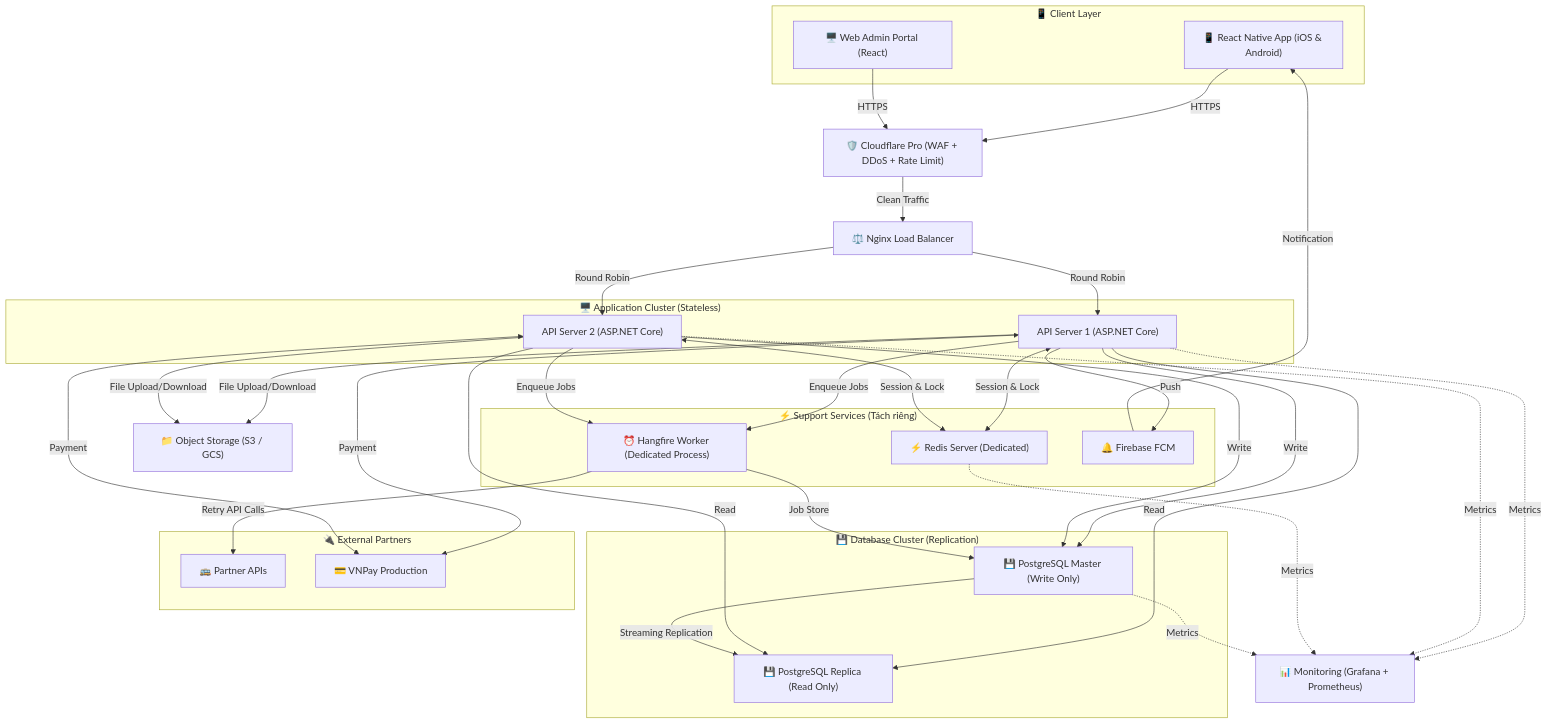
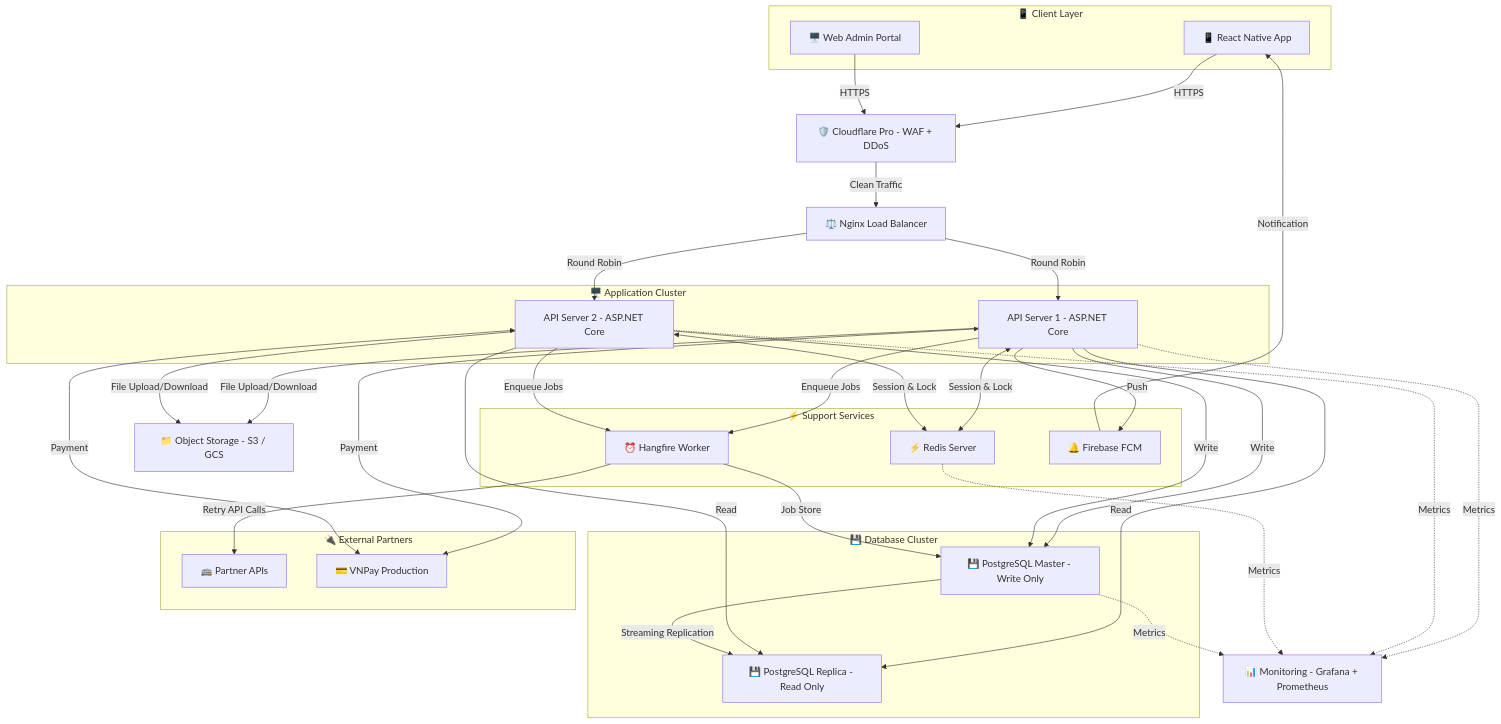
The diagram in docs/Kiến trúc phần cứng/phase2_scale_up.md (thanh-16/B2B_Tour), drawn with Mermaid before and after one commit. The commit also changed 2 other files, not shown here.

Commit message:
fix: sua loi Mermaid parse tren GitHub - loai bo dau ngoac don trong node labels

````diff
--- a/docs/Kiến trúc phần cứng/phase2_scale_up.md
+++ b/docs/Kiến trúc phần cứng/phase2_scale_up.md
@@ -20,80 +20,80 @@
 ```mermaid
 graph TD
     %% ────────────────────────────────────────
     %% TẦNG CLIENT
     %% ────────────────────────────────────────
     subgraph Clients["📱 Client Layer"]
-        App["📱 React Native App (iOS & Android)"]
-        Web["🖥️ Web Admin Portal (React)"]
+        App["📱 React Native App"]
+        Web["🖥️ Web Admin Portal"]
     end
 
     %% ────────────────────────────────────────
     %% TẦNG BẢO VỆ
     %% ────────────────────────────────────────
-    App -->|HTTPS| WAF["🛡️ Cloudflare Pro (WAF + DDoS + Rate Limit)"]
+    App -->|HTTPS| WAF["🛡️ Cloudflare Pro - WAF + DDoS"]
     Web -->|HTTPS| WAF
     WAF -->|Clean Traffic| LB["⚖️ Nginx Load Balancer"]
 
     %% ────────────────────────────────────────
     %% CỤM WEB API (Horizontal Scaling)
     %% ────────────────────────────────────────
-    subgraph AppCluster["🖥️ Application Cluster (Stateless)"]
-        API1["API Server 1 (ASP.NET Core)"]
-        API2["API Server 2 (ASP.NET Core)"]
+    subgraph AppCluster["🖥️ Application Cluster"]
+        API1["API Server 1 - ASP.NET Core"]
+        API2["API Server 2 - ASP.NET Core"]
     end
     LB -->|Round Robin| API1
     LB -->|Round Robin| API2
 
     %% ────────────────────────────────────────
     %% DỊCH VỤ BỔ TRỢ (Tách riêng máy chủ)
     %% ────────────────────────────────────────
-    subgraph SupportLayer["⚡ Support Services (Tách riêng)"]
-        REDIS["⚡ Redis Server (Dedicated)"]
-        HF["⏰ Hangfire Worker (Dedicated Process)"]
+    subgraph SupportLayer["⚡ Support Services"]
+        REDIS["⚡ Redis Server"]
+        HF["⏰ Hangfire Worker"]
         FCM["🔔 Firebase FCM"]
     end
     API1 <-->|Session & Lock| REDIS
     API2 <-->|Session & Lock| REDIS
     API1 -->|Enqueue Jobs| HF
     API2 -->|Enqueue Jobs| HF
     API1 -->|Push| FCM
     FCM -->|Notification| App
     HF -->|Retry API Calls| PARTNER
 
     %% ────────────────────────────────────────
     %% CỤM DATABASE (Master-Replica)
     %% ────────────────────────────────────────
-    subgraph DBCluster["💾 Database Cluster (Replication)"]
-        DB_M["💾 PostgreSQL Master (Write Only)"]
-        DB_R["💾 PostgreSQL Replica (Read Only)"]
+    subgraph DBCluster["💾 Database Cluster"]
+        DB_M["💾 PostgreSQL Master - Write Only"]
+        DB_R["💾 PostgreSQL Replica - Read Only"]
     end
     API1 -->|Write| DB_M
     API2 -->|Write| DB_M
     API1 -->|Read| DB_R
     API2 -->|Read| DB_R
     DB_M -->|Streaming Replication| DB_R
     HF -->|Job Store| DB_M
 
     %% ────────────────────────────────────────
     %% LƯU TRỮ & ĐỐI TÁC
     %% ────────────────────────────────────────
-    STORAGE["📁 Object Storage (S3 / GCS)"]
+    STORAGE["📁 Object Storage - S3 / GCS"]
     API1 -->|File Upload/Download| STORAGE
     API2 -->|File Upload/Download| STORAGE
 
     subgraph External["🔌 External Partners"]
         VNPAY["💳 VNPay Production"]
         PARTNER["🚌 Partner APIs"]
     end
     API1 <-->|Payment| VNPAY
     API2 <-->|Payment| VNPAY
 
     %% ────────────────────────────────────────
     %% GIÁM SÁT
     %% ────────────────────────────────────────
-    MONITOR["📊 Monitoring (Grafana + Prometheus)"]
+    MONITOR["📊 Monitoring - Grafana + Prometheus"]
     API1 -.->|Metrics| MONITOR
     API2 -.->|Metrics| MONITOR
     DB_M -.->|Metrics| MONITOR
     REDIS -.->|Metrics| MONITOR
 ```
````
